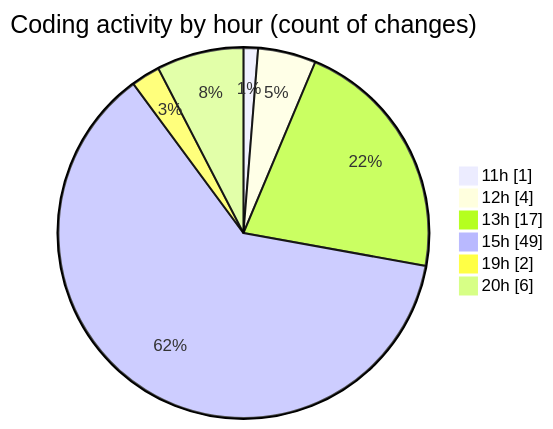
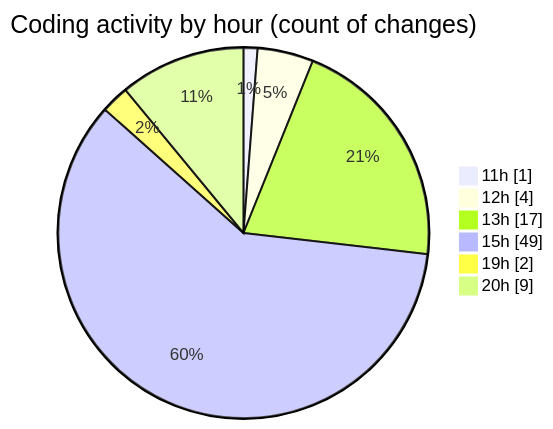
One commit to nxtqubesakshisongat/code-tracking changed the second of 2 diagrams in 2025-09-28/nxtqube_webapp/README.md. Above: the diagram before and after it, drawn with Mermaid. The commit also changed other lines of this file and 1 other file, not shown here.

````diff
--- a/2025-09-28/nxtqube_webapp/README.md
+++ b/2025-09-28/nxtqube_webapp/README.md
@@ -32,10 +32,10 @@
 ```mermaid
 pie showData
 title Coding activity by hour (count of changes)
 "11h" : 1
 "12h" : 4
 "13h" : 17
 "15h" : 49
 "19h" : 2
-"20h" : 6
+"20h" : 9
 ```
````
